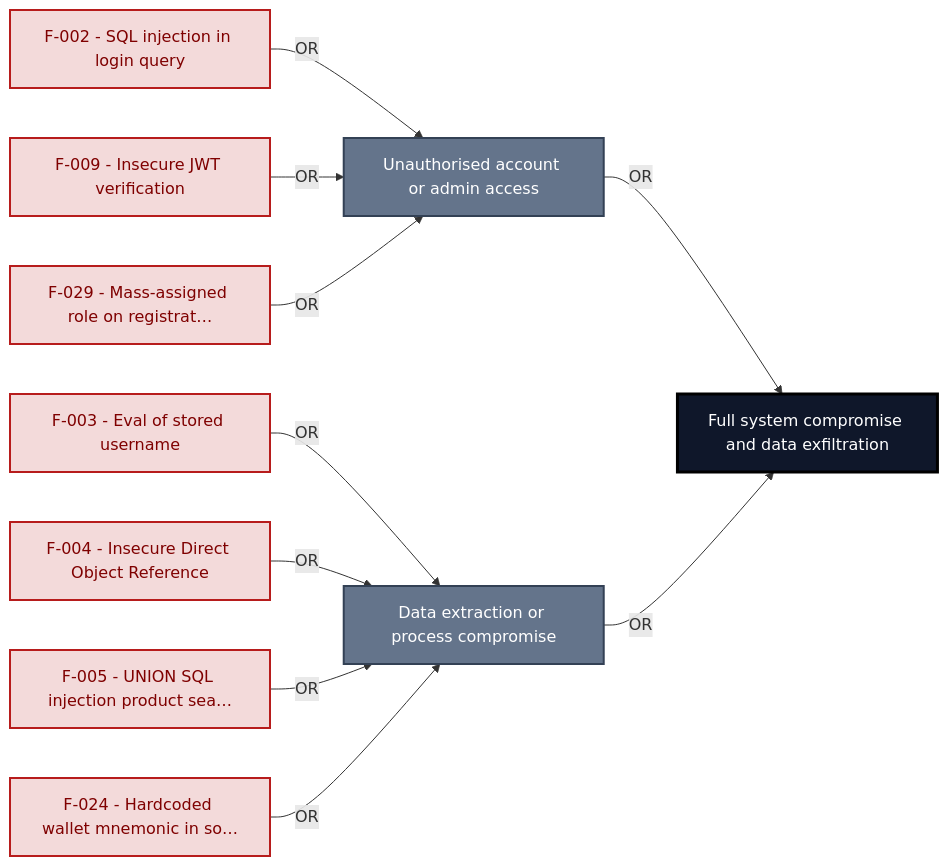
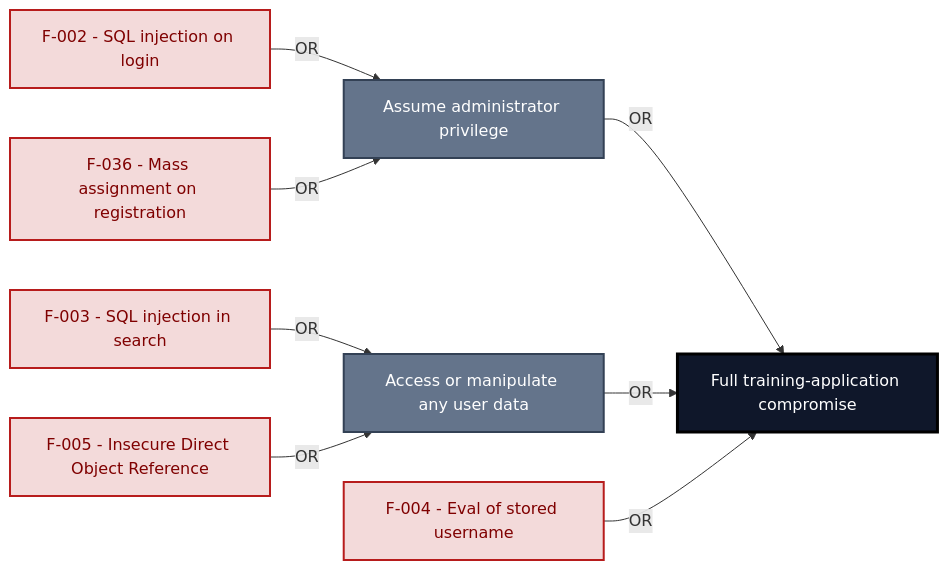
The first of 14 diagrams in threat-modeler/threat-model-juice-shop-thorough-v0.6.0b4.md (appsec-foundry/appsec-advisor-examples), drawn with Mermaid before and after one commit. The commit also changed other lines of this file and 11 other files, not shown here.

````diff
--- a/threat-modeler/threat-model-juice-shop-thorough-v0.6.0b4.md
+++ b/threat-modeler/threat-model-juice-shop-thorough-v0.6.0b4.md
@@ -254,28 +247,24 @@
 ```mermaid
 graph LR
-    G_ROOT["Full system compromise and data exfiltration"]:::goal
-    OR_AUTH["Unauthorised account or admin access"]:::or_node
-    OR_DATA["Data extraction or process compromise"]:::or_node
-    L_F002["F-002 - SQL injection in login query"]:::leaf
-    L_F009["F-009 - Insecure JWT verification"]:::leaf
-    L_F029["F-029 - Mass-assigned role on registrat…"]:::leaf
-    L_F003["F-003 - Eval of stored username"]:::leaf
-    L_F004["F-004 - Insecure Direct Object Reference"]:::leaf
-    L_F005["F-005 - UNION SQL injection product sea…"]:::leaf
-    L_F024["F-024 - Hardcoded wallet mnemonic in so…"]:::leaf
+    GOAL["Full training-application compromise"]:::goal
+    OR_ADMIN["Assume administrator privilege"]:::or_node
+    OR_DATA["Access or manipulate any user data"]:::or_node
+    L_F002["F-002 - SQL injection on login"]:::leaf
+    L_F003["F-003 - SQL injection in search"]:::leaf
+    L_F004["F-004 - Eval of stored username"]:::leaf
+    L_F005["F-005 - Insecure Direct Object Reference"]:::leaf
+    L_F036["F-036 - Mass assignment on registration"]:::leaf
 
-    OR_AUTH -->|"OR"| G_ROOT
-    OR_DATA -->|"OR"| G_ROOT
-    L_F002 -->|"OR"| OR_AUTH
-    L_F009 -->|"OR"| OR_AUTH
-    L_F029 -->|"OR"| OR_AUTH
+    OR_ADMIN -->|"OR"| GOAL
+    OR_DATA -->|"OR"| GOAL
+    L_F004 -->|"OR"| GOAL
+    L_F002 -->|"OR"| OR_ADMIN
+    L_F036 -->|"OR"| OR_ADMIN
     L_F003 -->|"OR"| OR_DATA
-    L_F004 -->|"OR"| OR_DATA
     L_F005 -->|"OR"| OR_DATA
-    L_F024 -->|"OR"| OR_DATA
 
     classDef goal fill:#0f172a,stroke:#000,color:#fff,stroke-width:3px
     classDef and_node fill:#334155,stroke:#1e293b,color:#fff,stroke-width:2px
     classDef or_node fill:#64748b,stroke:#334155,color:#fff,stroke-width:2px
     classDef leaf fill:#f3dada,stroke:#b71c1c,color:#7f0000,stroke-width:2px
 ```
````
